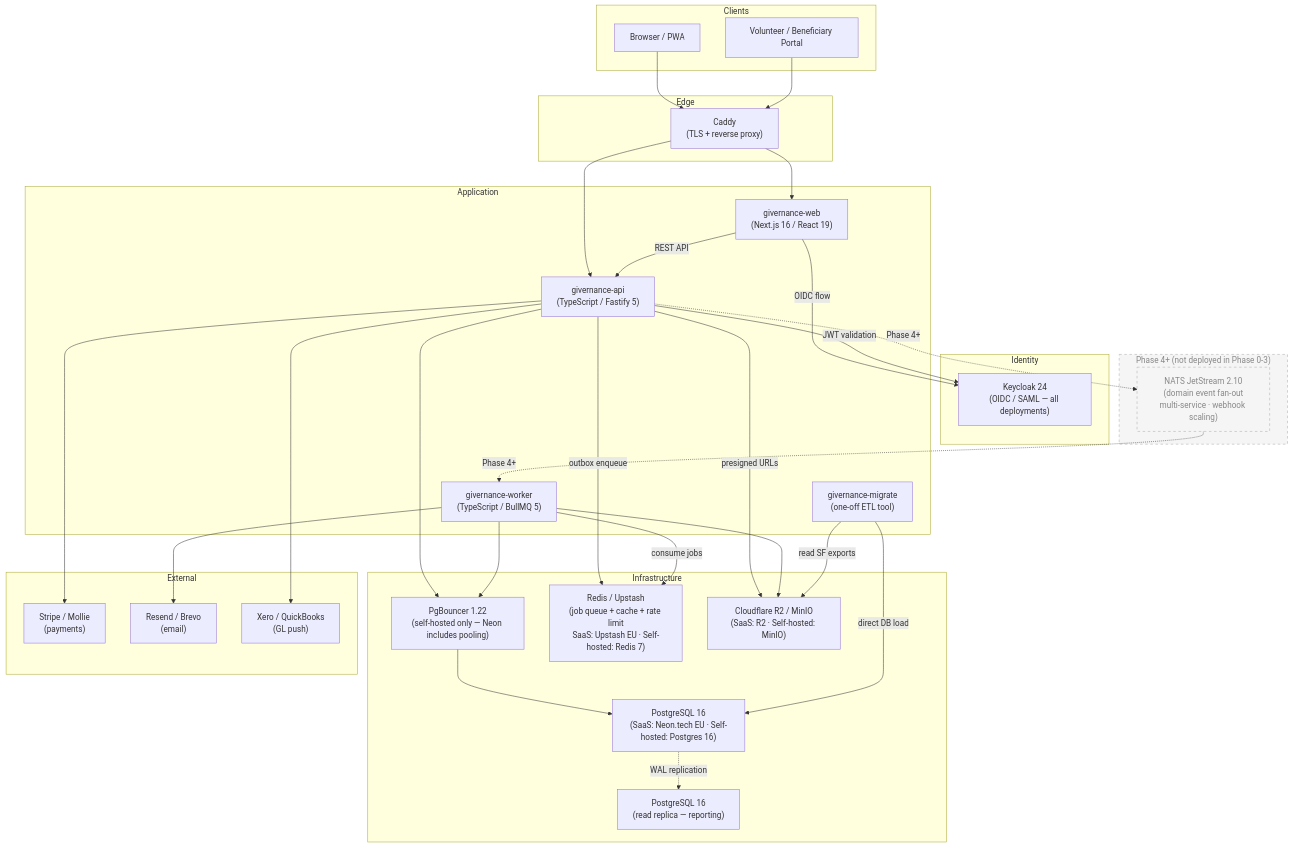
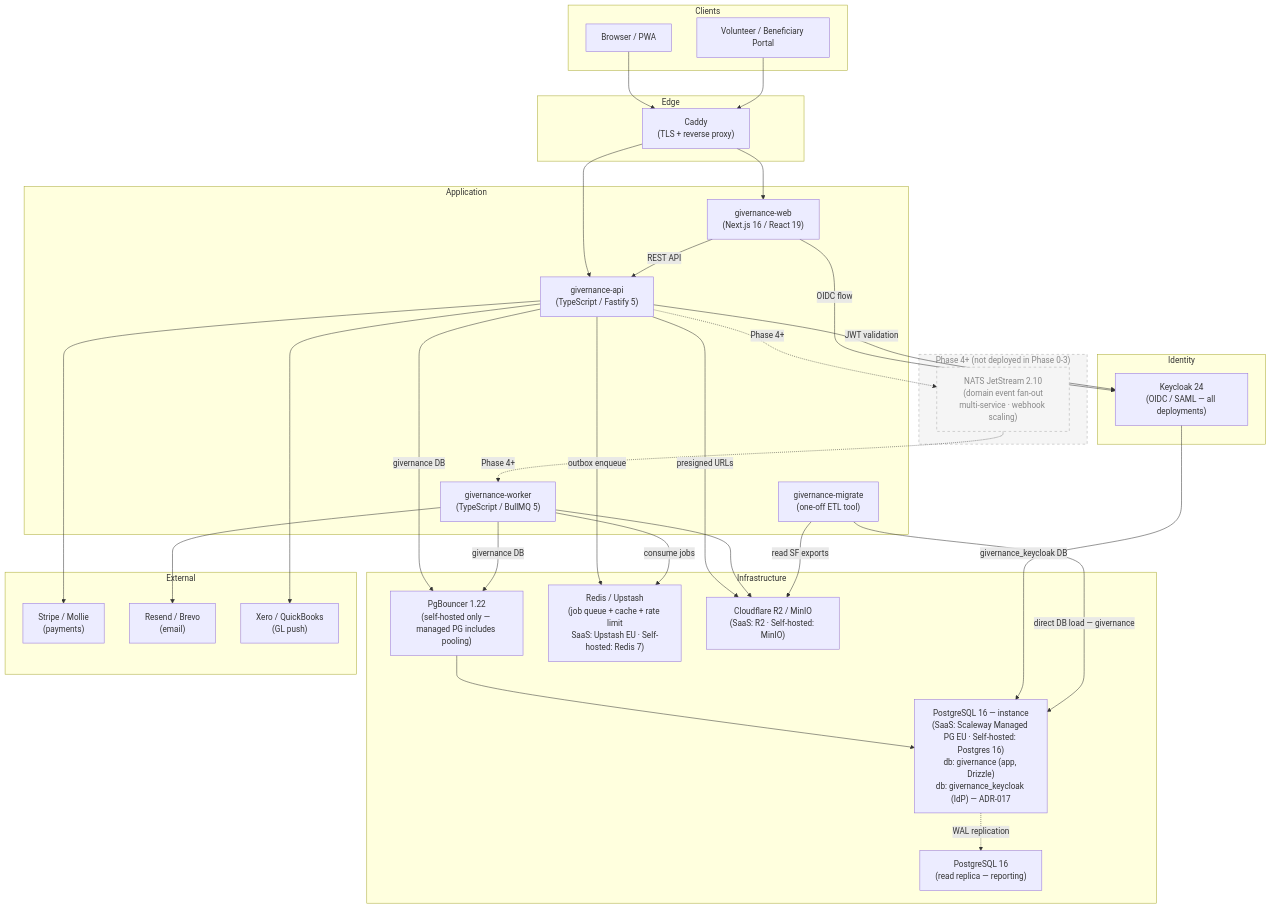
One commit to purposestack/givernance changed the diagram in diagrams/container.mmd. Above: the diagram before and after it, drawn with Mermaid. The commit also changed 13 other files, not shown here.

```diff
--- a/diagrams/container.mmd
+++ b/diagrams/container.mmd
@@ -1,70 +1,72 @@
 flowchart TB
   subgraph Clients
     Browser["Browser / PWA"]
     VolPortal["Volunteer / Beneficiary Portal"]
   end
 
   subgraph Edge
     Caddy["Caddy\n(TLS + reverse proxy)"]
   end
 
   subgraph Application
     Web["givernance-web\n(Next.js 16 / React 19)"]
     API["givernance-api\n(TypeScript / Fastify 5)"]
     Worker["givernance-worker\n(TypeScript / BullMQ 5)"]
     Migrate["givernance-migrate\n(one-off ETL tool)"]
   end
 
   subgraph Infrastructure
-    PG["PostgreSQL 16\n(SaaS: Neon.tech EU · Self-hosted: Postgres 16)"]
-    PgBouncer["PgBouncer 1.22\n(self-hosted only — Neon includes pooling)"]
+    PG["PostgreSQL 16 — instance\n(SaaS: Scaleway Managed PG EU · Self-hosted: Postgres 16)\ndb: givernance (app, Drizzle)\ndb: givernance_keycloak (IdP) — ADR-017"]
+    PgBouncer["PgBouncer 1.22\n(self-hosted only — managed PG includes pooling)"]
     PGReplica["PostgreSQL 16\n(read replica — reporting)"]
     Redis["Redis / Upstash\n(job queue + cache + rate limit\nSaaS: Upstash EU · Self-hosted: Redis 7)"]
     Storage["Cloudflare R2 / MinIO\n(SaaS: R2 · Self-hosted: MinIO)"]
   end
 
   subgraph Identity
     Keycloak["Keycloak 24\n(OIDC / SAML — all deployments)"]
   end
 
   subgraph Phase4["Phase 4+ (not deployed in Phase 0-3)"]
     NATS["NATS JetStream 2.10\n(domain event fan-out\nmulti-service · webhook scaling)"]
   end
 
   subgraph External
     Stripe["Stripe / Mollie\n(payments)"]
     Email["Resend / Brevo\n(email)"]
     Accounting["Xero / QuickBooks\n(GL push)"]
   end
 
   Browser --> Caddy
   VolPortal --> Caddy
   Caddy --> Web
   Caddy --> API
 
   Web -->|REST API| API
   Web -->|OIDC flow| Keycloak
 
-  API --> PgBouncer
+  API -->|givernance DB| PgBouncer
   PgBouncer --> PG
   PG -.->|WAL replication| PGReplica
   API -->|outbox enqueue| Redis
   API -->|presigned URLs| Storage
   API -->|JWT validation| Keycloak
   API --> Stripe
   API --> Accounting
 
+  Keycloak -->|givernance_keycloak DB| PG
+
   Worker -->|consume jobs| Redis
-  Worker --> PgBouncer
+  Worker -->|givernance DB| PgBouncer
   Worker --> Storage
   Worker --> Email
 
-  Migrate -->|direct DB load| PG
+  Migrate -->|direct DB load — givernance| PG
   Migrate -->|read SF exports| Storage
 
   API -.->|Phase 4+| NATS
   NATS -.->|Phase 4+| Worker
 
   classDef phased fill:#f5f5f5,stroke:#aaa,stroke-dasharray:5 5,color:#888
   class NATS phased
   class Phase4 phased
```
